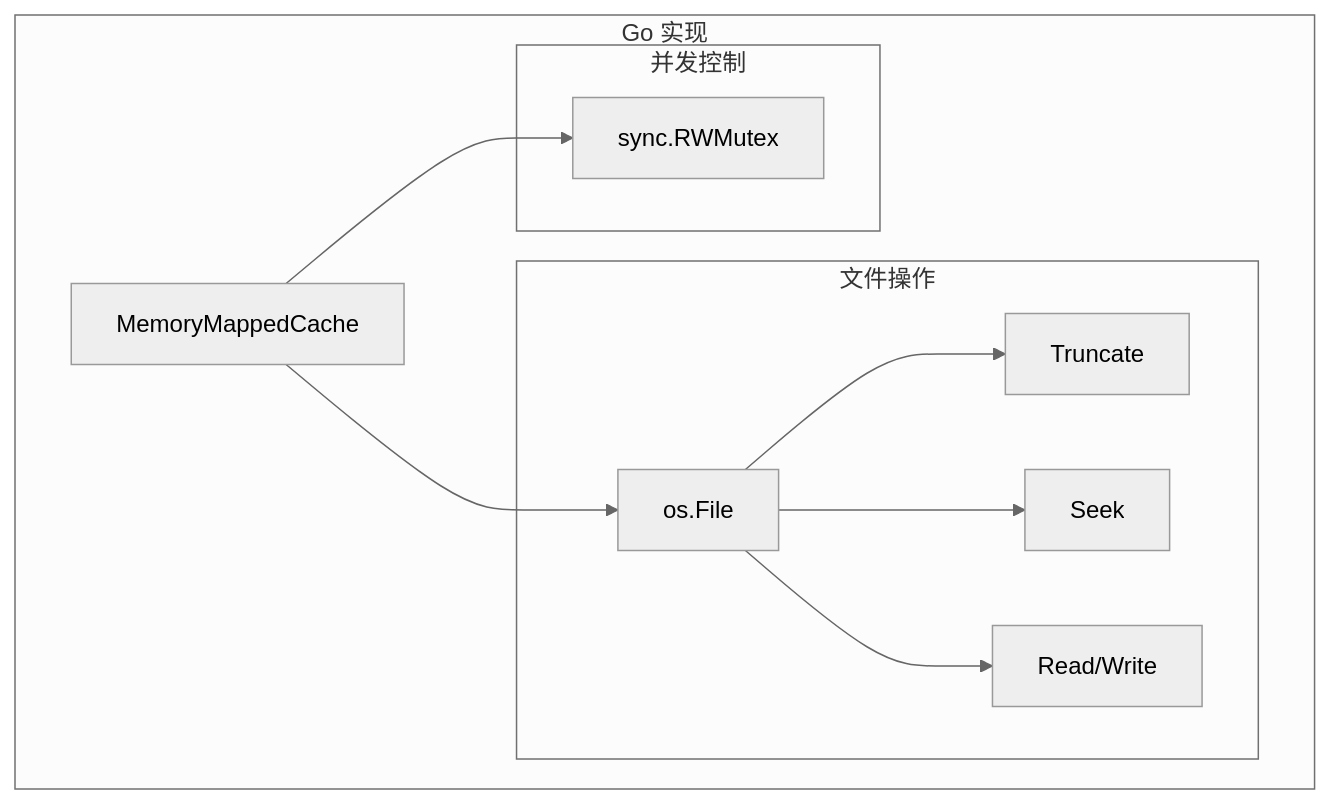
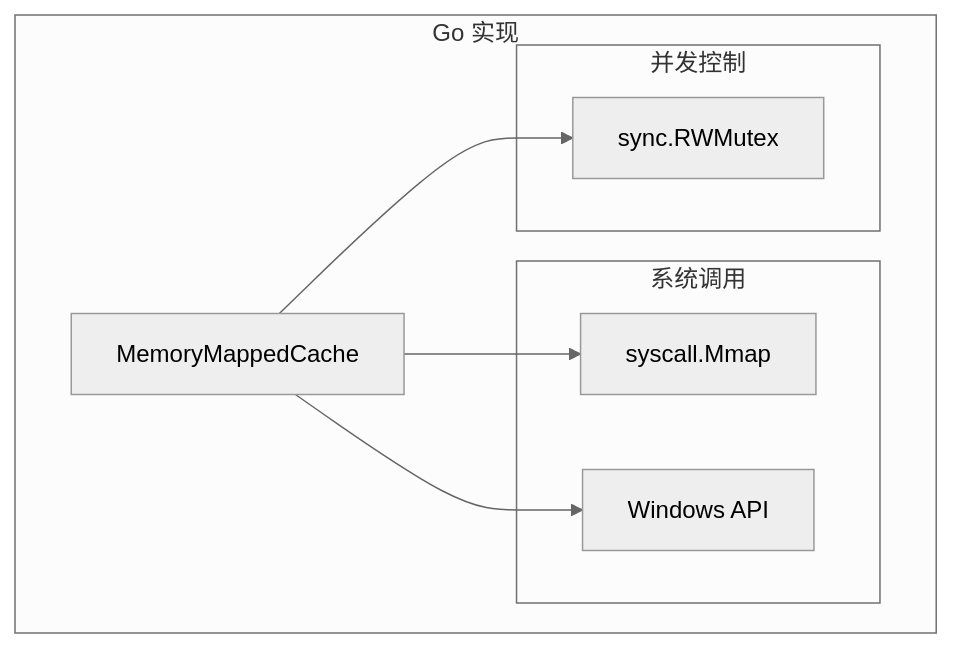
Before and after one commit to feuyeux/hello-audio-stream: the seventh of 19 diagrams in doc/mmap.md, drawn with Mermaid (neutral theme). The commit also changed other lines of this file and 205 other files, not shown here.

````diff
--- a/doc/mmap.md
+++ b/doc/mmap.md
@@ -257,23 +254,19 @@
 ```mermaid
 graph TB
     subgraph "Go 实现"
         MEM[MemoryMappedCache]
         
-        subgraph "文件操作"
-            FILE[os.File]
-            TRUNC[Truncate]
-            SEEK[Seek]
-            RW[Read/Write]
+        subgraph "系统调用"
+            UNIX[syscall.Mmap]
+            WIN[Windows API]
         end
         
         subgraph "并发控制"
             RWMUTEX[sync.RWMutex]
         end
     end
     
-    MEM --> FILE
-    FILE --> TRUNC
-    FILE --> SEEK
-    FILE --> RW
+    MEM --> UNIX
+    MEM --> WIN
     MEM --> RWMUTEX
 ```
````
